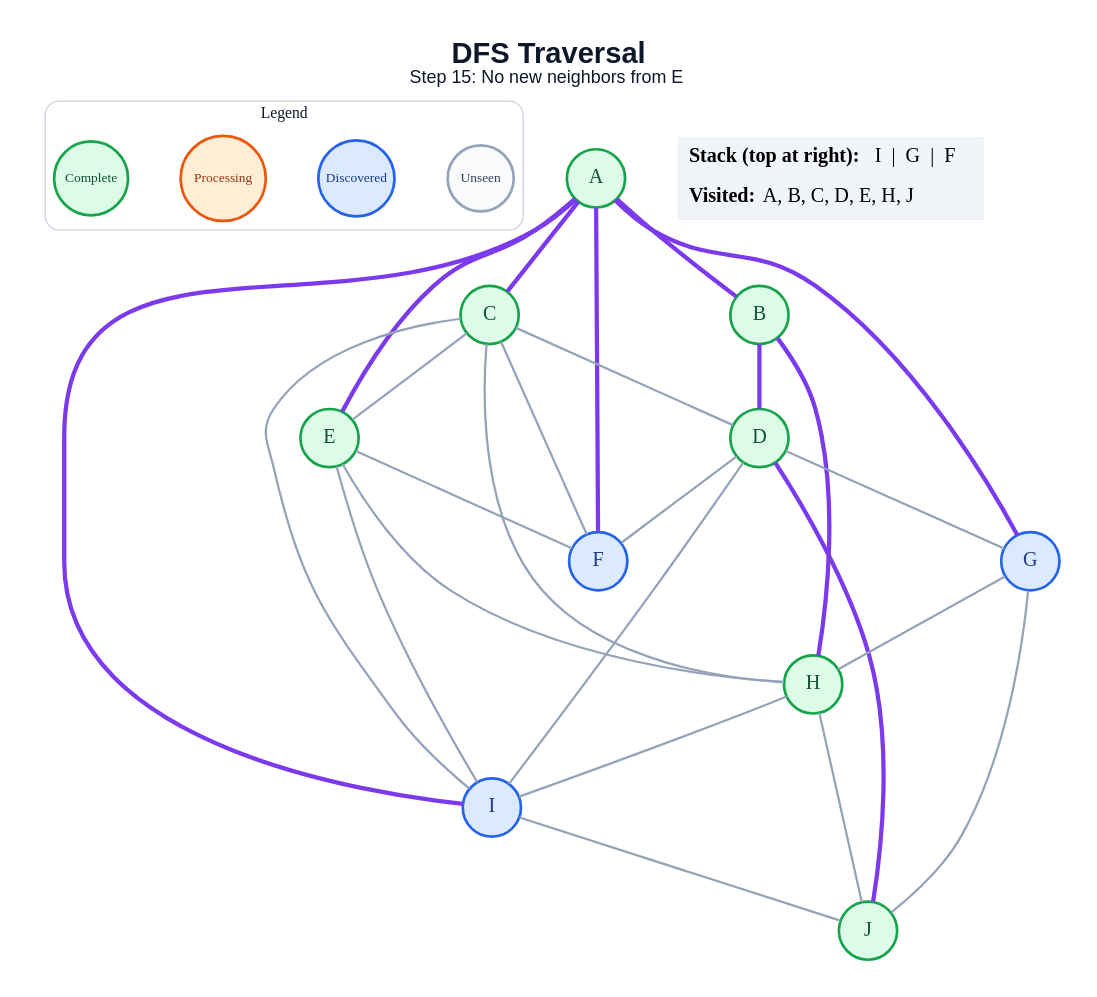
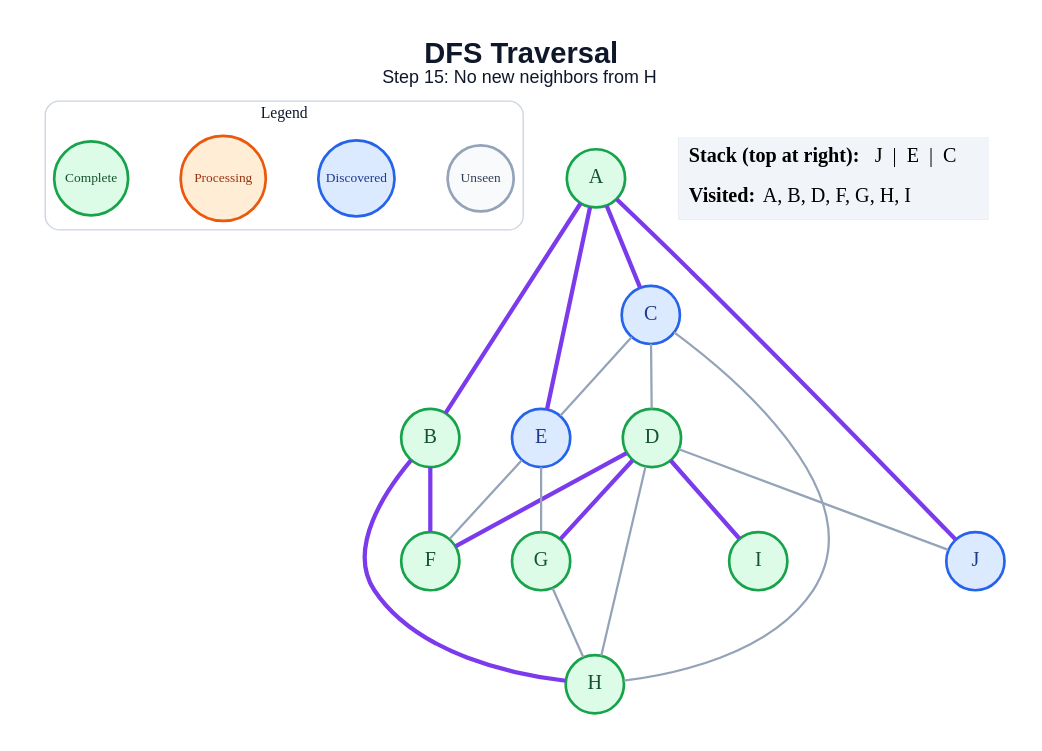
The diagram in generated/dfs/step_15.dot (anon7238593-create/ai-slop), drawn with Graphviz before and after one commit. The commit also changed 171 other files, not shown here.

```diff
--- a/generated/dfs/step_15.dot
+++ b/generated/dfs/step_15.dot
@@ -1,54 +1,46 @@
 graph traversal {
   graph [layout=dot, rankdir=TB, bgcolor="#FFFFFF", pad="0.35", nodesep="0.65", ranksep="0.8", fontname="Arial"];
   node [shape=circle, style="filled", fontname="Arial Bold", fontsize=18, width=0.72, fixedsize=true, penwidth=2.4];
   edge [color="#94A3B8", penwidth=2.0];
-  label=<<B>DFS Traversal</B><BR/><FONT POINT-SIZE="16">Step 15: No new neighbors from E</FONT>>; labelloc="t"; fontsize=26; fontname="Arial"; fontcolor="#0F172A";
+  label=<<B>DFS Traversal</B><BR/><FONT POINT-SIZE="16">Step 15: No new neighbors from H</FONT>>; labelloc="t"; fontsize=26; fontname="Arial"; fontcolor="#0F172A";
   subgraph cluster_legend { label="Legend"; color="#CBD5E1"; penwidth=1.2; style="rounded"; fontsize=14; fontname="Arial Bold";
     key_unseen [label="Unseen", fillcolor="#F8FAFC", color="#94A3B8", fontcolor="#334155", fontsize=12, width=0.82];
     key_frontier [label="Discovered", fillcolor="#DBEAFE", color="#2563EB", fontcolor="#1E3A8A", fontsize=12, width=0.95];
     key_current [label="Processing", fillcolor="#FFEDD5", color="#EA580C", fontcolor="#9A3412", fontsize=12, width=1.05];
     key_done [label="Complete", fillcolor="#DCFCE7", color="#16A34A", fontcolor="#14532D", fontsize=12, width=0.92];
     { rank=same; key_unseen; key_frontier; key_current; key_done; }
   }
   A [fillcolor="#DCFCE7", color="#16A34A", fontcolor="#14532D"];
   B [fillcolor="#DCFCE7", color="#16A34A", fontcolor="#14532D"];
-  C [fillcolor="#DCFCE7", color="#16A34A", fontcolor="#14532D"];
+  C [fillcolor="#DBEAFE", color="#2563EB", fontcolor="#1E3A8A"];
   D [fillcolor="#DCFCE7", color="#16A34A", fontcolor="#14532D"];
-  E [fillcolor="#DCFCE7", color="#16A34A", fontcolor="#14532D"];
-  F [fillcolor="#DBEAFE", color="#2563EB", fontcolor="#1E3A8A"];
-  G [fillcolor="#DBEAFE", color="#2563EB", fontcolor="#1E3A8A"];
+  E [fillcolor="#DBEAFE", color="#2563EB", fontcolor="#1E3A8A"];
+  F [fillcolor="#DCFCE7", color="#16A34A", fontcolor="#14532D"];
+  G [fillcolor="#DCFCE7", color="#16A34A", fontcolor="#14532D"];
   H [fillcolor="#DCFCE7", color="#16A34A", fontcolor="#14532D"];
-  I [fillcolor="#DBEAFE", color="#2563EB", fontcolor="#1E3A8A"];
-  J [fillcolor="#DCFCE7", color="#16A34A", fontcolor="#14532D"];
+  I [fillcolor="#DCFCE7", color="#16A34A", fontcolor="#14532D"];
+  J [fillcolor="#DBEAFE", color="#2563EB", fontcolor="#1E3A8A"];
   A -- B [color="#7C3AED", penwidth=3.8];
   A -- C [color="#7C3AED", penwidth=3.8];
   A -- E [color="#7C3AED", penwidth=3.8];
-  A -- F [color="#7C3AED", penwidth=3.8];
-  A -- G [color="#7C3AED", penwidth=3.8];
-  A -- I [color="#7C3AED", penwidth=3.8];
-  B -- D [color="#7C3AED", penwidth=3.8];
+  A -- J [color="#7C3AED", penwidth=3.8];
+  B -- F [color="#7C3AED", penwidth=3.8];
   B -- H [color="#7C3AED", penwidth=3.8];
   C -- D;
   C -- E;
-  C -- F;
   C -- H;
-  C -- I;
-  D -- F;
-  D -- G;
-  D -- I;
-  D -- J [color="#7C3AED", penwidth=3.8];
+  D -- F [color="#7C3AED", penwidth=3.8];
+  D -- G [color="#7C3AED", penwidth=3.8];
+  D -- H;
+  D -- I [color="#7C3AED", penwidth=3.8];
+  D -- J;
   E -- F;
-  E -- H;
-  E -- I;
+  E -- G;
   G -- H;
-  G -- J;
-  H -- I;
-  H -- J;
-  I -- J;
   status [shape=plain, fixedsize=false, width=0, height=0, margin=0, label=<
     <TABLE BORDER="0" CELLBORDER="0" CELLPADDING="7" BGCOLOR="#F1F5F9">
-      <TR><TD ALIGN="LEFT"><B>Stack (top at right):</B> I  |  G  |  F</TD></TR>
-      <TR><TD ALIGN="LEFT"><B>Visited:</B> A, B, C, D, E, H, J</TD></TR>
+      <TR><TD ALIGN="LEFT"><B>Stack (top at right):</B> J  |  E  |  C</TD></TR>
+      <TR><TD ALIGN="LEFT"><B>Visited:</B> A, B, D, F, G, H, I</TD></TR>
     </TABLE>
   >];
 }
```
